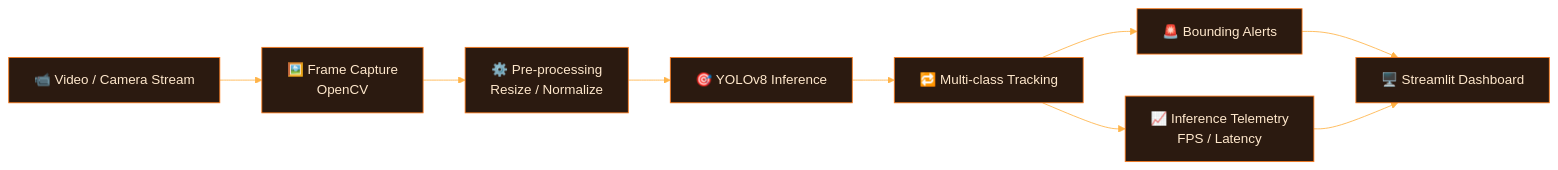
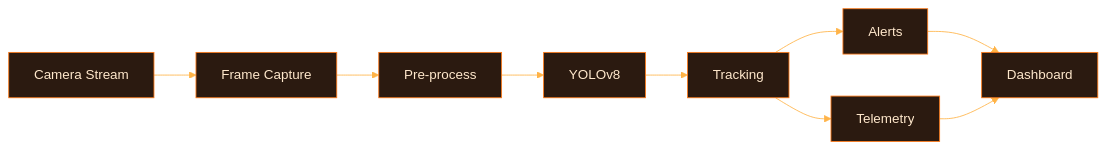
One commit to M-Awais-11/M-Awais-11 changed the second of 4 diagrams in README.md. Above: the diagram before and after it, drawn with Mermaid. The commit also changed other lines of this file, not shown here.

````diff
--- a/README.md
+++ b/README.md
@@ -172,12 +115,12 @@
 ```mermaid
-%%{init: {'theme':'base','themeVariables':{'primaryColor':'#2b1a10','primaryTextColor':'#FFE8CC','primaryBorderColor':'#FF7A18','lineColor':'#FFB347','secondaryColor':'#3a2314','tertiaryColor':'#1a1a1a'}}}%%
+%%{init: {'theme':'base','themeVariables':{'primaryColor':'#2b1a10','primaryTextColor':'#FFE8CC','primaryBorderColor':'#FF7A18','lineColor':'#FFB347'}}}%%
 flowchart LR
-    A[📹 Video / Camera Stream] --> B[🖼️ Frame Capture<br/>OpenCV]
-    B --> C[⚙️ Pre-processing<br/>Resize / Normalize]
-    C --> D[🎯 YOLOv8 Inference]
-    D --> E[🔁 Multi-class Tracking]
-    E --> F[🚨 Bounding Alerts]
-    E --> G[📈 Inference Telemetry<br/>FPS / Latency]
-    F --> H[🖥️ Streamlit Dashboard]
+    A[Camera Stream] --> B[Frame Capture]
+    B --> C[Pre-process]
+    C --> D[YOLOv8]
+    D --> E[Tracking]
+    E --> F[Alerts]
+    E --> G[Telemetry]
+    F --> H[Dashboard]
     G --> H
 ```
````
